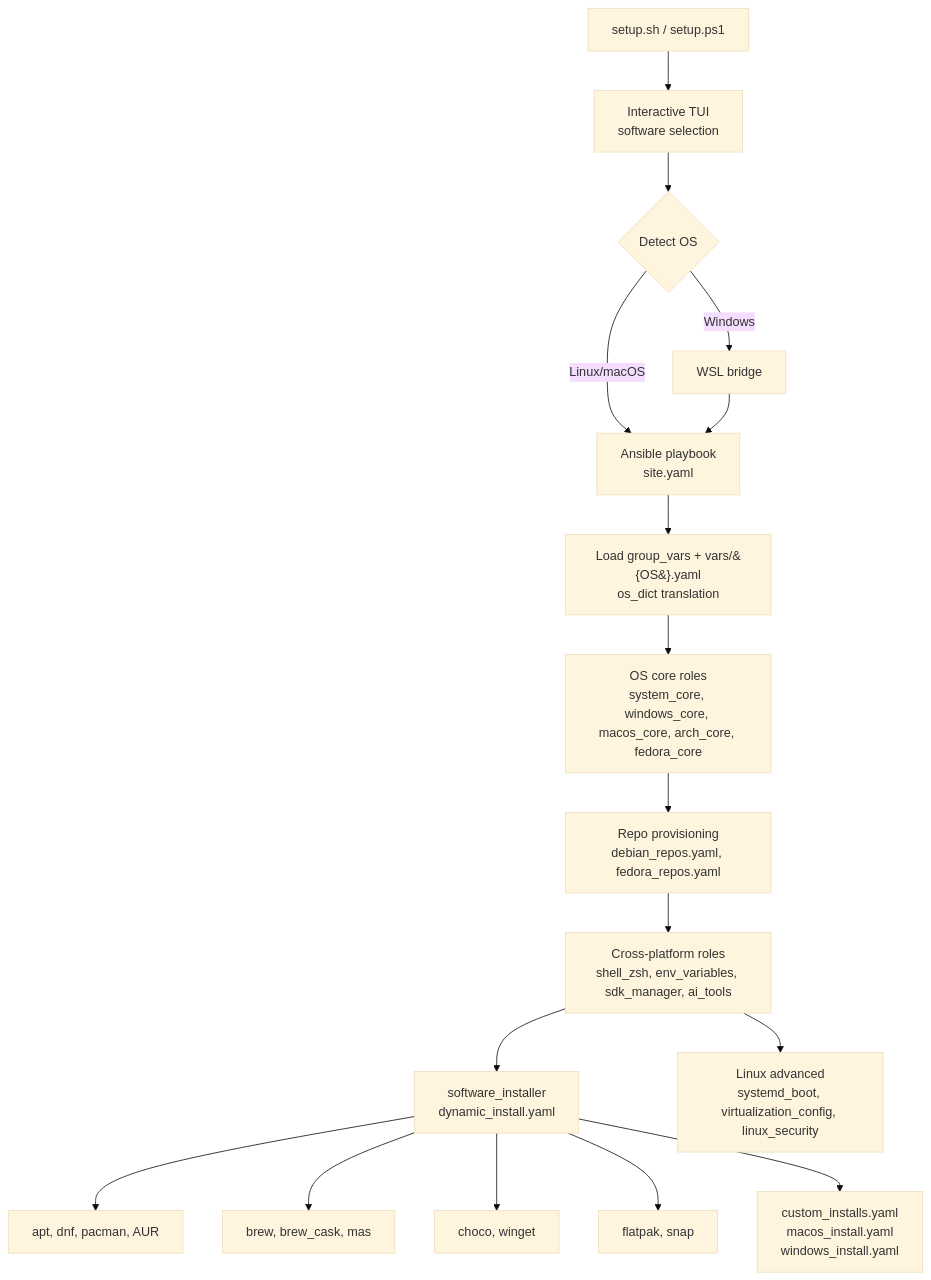
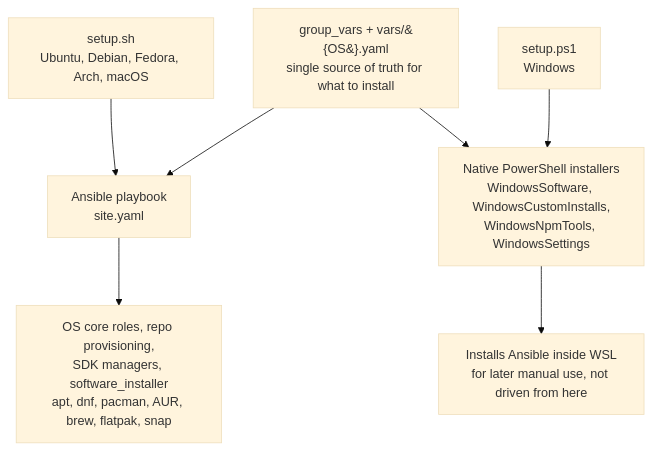
The diagram in README.md (Lukk17/InstallationHelper), drawn with Mermaid (base theme) before and after one commit. The commit also changed other lines of this file and 4 other files, not shown here.

````diff
--- a/README.md
+++ b/README.md
@@ -52,19 +50,11 @@
 ```mermaid
 flowchart TD
-    A[setup.sh / setup.ps1] --> B[Interactive TUI<br/>software selection]
-    B --> C{Detect OS}
-    C -->|Windows| D[WSL bridge]
-    C -->|Linux/macOS| E[Ansible playbook<br/>site.yaml]
-    D --> E
-    E --> F[Load group_vars + vars/&#123;OS&#125;.yaml<br/>os_dict translation]
-    F --> G[OS core roles<br/>system_core, windows_core, macos_core, arch_core, fedora_core]
-    G --> R[Repo provisioning<br/>debian_repos.yaml, fedora_repos.yaml]
-    R --> H[Cross-platform roles<br/>shell_zsh, env_variables, sdk_manager, ai_tools]
-    H --> I[software_installer<br/>dynamic_install.yaml]
-    I --> J1[apt, dnf, pacman, AUR]
-    I --> J2[brew, brew_cask, mas]
-    I --> J3[choco, winget]
-    I --> J4[flatpak, snap]
-    I --> CI[custom_installs.yaml<br/>macos_install.yaml<br/>windows_install.yaml]
-    H --> K[Linux advanced<br/>systemd_boot, virtualization_config, linux_security]
+    accTitle: Two execution paths sharing one toggle source
+    accDescr: setup.sh drives the Ansible playbook on the five Unix-like families. setup.ps1 drives native PowerShell installers on Windows and only touches WSL to install Ansible there for later use. Both read the same group_vars and vars/OS.yaml files.
+    A[setup.sh<br/>Ubuntu, Debian, Fedora, Arch, macOS] --> E[Ansible playbook<br/>site.yaml]
+    T[group_vars + vars/&#123;OS&#125;.yaml<br/>single source of truth for what to install] --> E
+    T --> W
+    E --> G[OS core roles, repo provisioning,<br/>SDK managers, software_installer<br/>apt, dnf, pacman, AUR, brew, flatpak, snap]
+    B[setup.ps1<br/>Windows] --> W[Native PowerShell installers<br/>WindowsSoftware, WindowsCustomInstalls,<br/>WindowsNpmTools, WindowsSettings]
+    W --> WSL[Installs Ansible inside WSL<br/>for later manual use, not driven from here]
 ```
````
